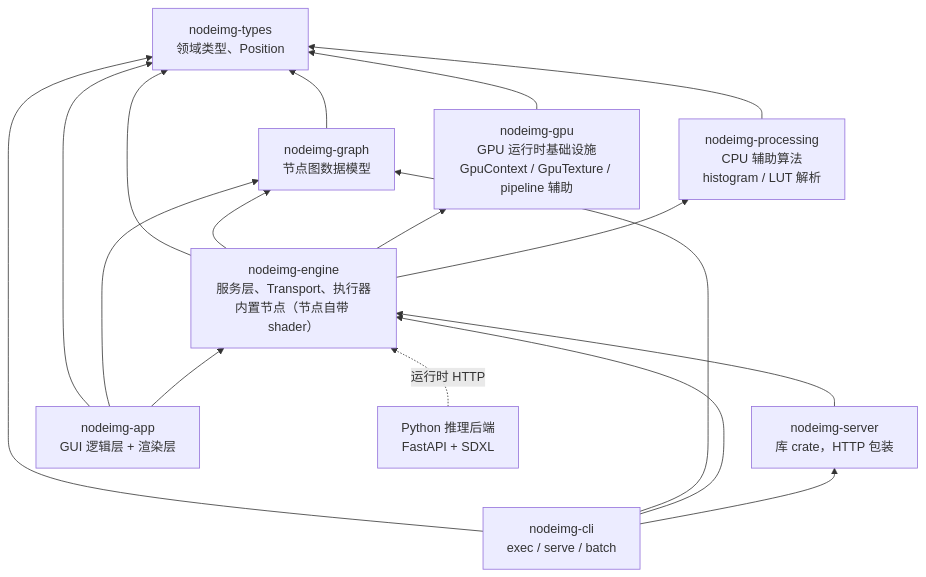
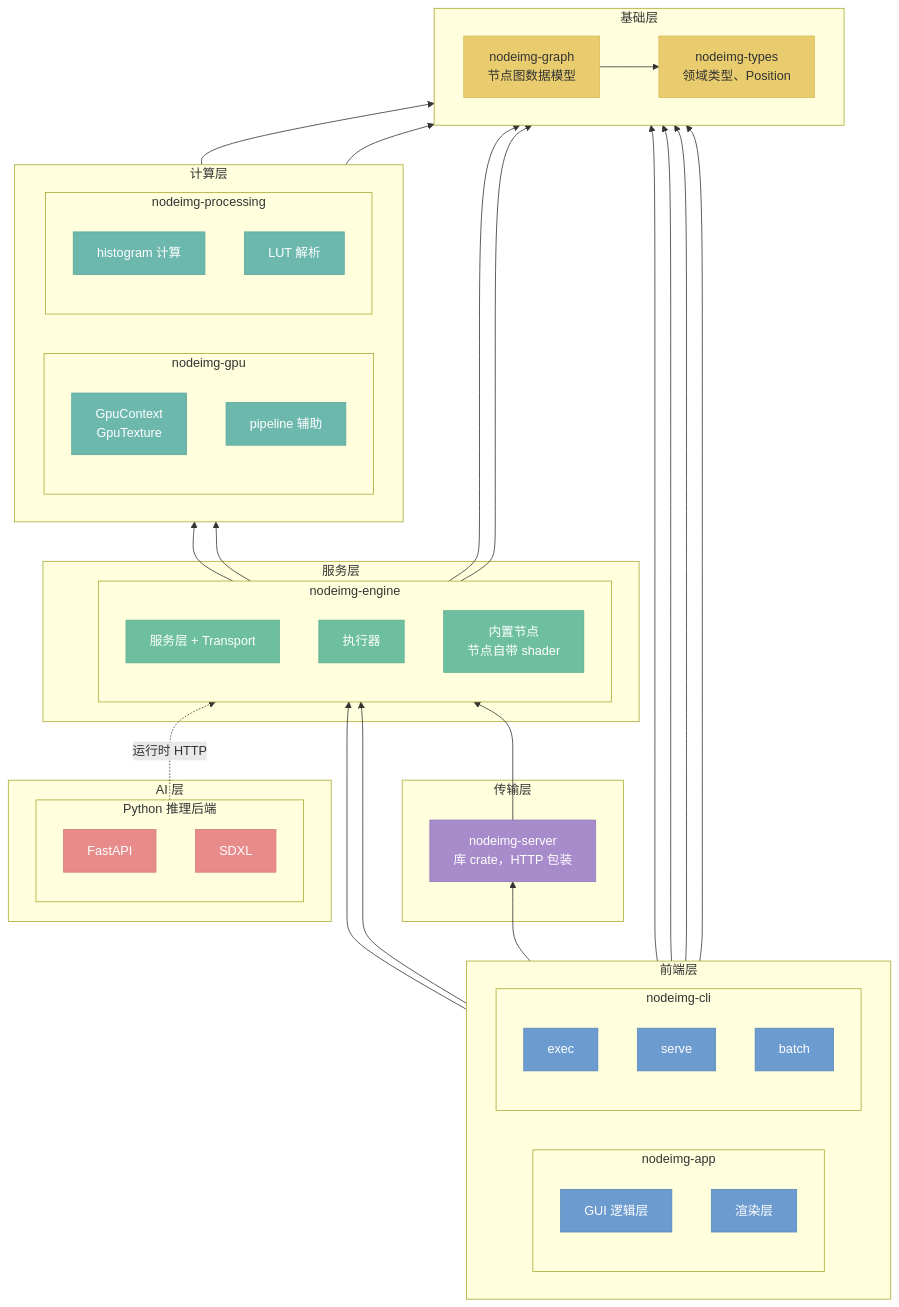
The third of 3 diagrams in docs/target/01-overview.md (aporicho/nodeimg), drawn with Mermaid before and after one commit. The commit also changed other lines of this file and 18 other files, not shown here.

Commit message:
docs(target): v0 文档更新 + drawio 架构图

````diff
--- a/docs/target/01-overview.md
+++ b/docs/target/01-overview.md
@@ -117,29 +149,78 @@
 ```mermaid
 flowchart BT
-    types["nodeimg-types\n领域类型、Position"]:::foundation
-    graph_c["nodeimg-graph\n节点图数据模型"]:::foundation
-    gpu["nodeimg-gpu\nGPU 运行时基础设施\nGpuContext / GpuTexture / pipeline 辅助"]:::compute
-    processing["nodeimg-processing\nCPU 辅助算法\nhistogram / LUT 解析"]:::compute
-    engine["nodeimg-engine\n服务层、Transport、执行器\n内置节点（节点自带 shader）"]:::service
-    server["nodeimg-server\n库 crate，HTTP 包装"]:::transport
-    app["nodeimg-app\nGUI 逻辑层 + 渲染层"]:::frontend
-    cli["nodeimg-cli\nexec / serve / batch"]:::frontend
-    python["Python 推理后端\nFastAPI + SDXL"]:::ai
+    subgraph FOUNDATION["基础层"]
+        direction LR
+        types["nodeimg-types\n领域类型、Position"]:::foundation
+        graph_c["nodeimg-graph\n节点图数据模型"]:::foundation
+    end
+
+    subgraph COMPUTE["计算层"]
+        direction LR
+        subgraph GPU_S["nodeimg-gpu"]
+            gpu_ctx["GpuContext\nGpuTexture"]:::compute
+            gpu_pipe["pipeline 辅助"]:::compute
+        end
+        subgraph PROC_S["nodeimg-processing"]
+            proc_hist["histogram 计算"]:::compute
+            proc_lut["LUT 解析"]:::compute
+        end
+    end
+
+    subgraph SERVICE["服务层"]
+        subgraph ENG_S["nodeimg-engine"]
+            eng_svc["服务层 + Transport"]:::service
+            eng_exec["执行器"]:::service
+            eng_nodes["内置节点\n节点自带 shader"]:::service
+        end
+    end
+
+    subgraph TRANSPORT["传输层"]
+        server["nodeimg-server\n库 crate，HTTP 包装"]:::transport
+    end
+
+    subgraph FRONTEND["前端层"]
+        direction LR
+        subgraph APP_S["nodeimg-app"]
+            app_logic["GUI 逻辑层"]:::frontend
+            app_render["渲染层"]:::frontend
+        end
+        subgraph CLI_S["nodeimg-cli"]
+            cli_exec["exec"]:::frontend
+            cli_serve["serve"]:::frontend
+            cli_batch["batch"]:::frontend
+        end
+    end
+
+    subgraph AI_S["AI 层"]
+        subgraph PY_S["Python 推理后端"]
+            py_api["FastAPI"]:::ai
+            py_model["SDXL"]:::ai
+        end
+    end
 
     graph_c --> types
-    gpu --> types
-    processing --> types
-    engine --> types
-    engine --> graph_c
-    engine --> gpu
-    engine --> processing
-    server --> engine
-    app --> types
-    app --> graph_c
-    app --> engine
-    cli --> types
-    cli --> graph_c
-    cli --> engine
-    cli --> server
-    python -. "运行时 HTTP" .-> engine
+    GPU_S --> types
+    PROC_S --> types
+    ENG_S --> types
+    ENG_S --> graph_c
+    ENG_S --> GPU_S
+    ENG_S --> PROC_S
+    server --> ENG_S
+    APP_S --> types
+    APP_S --> graph_c
+    APP_S --> ENG_S
+    CLI_S --> types
+    CLI_S --> graph_c
+    CLI_S --> ENG_S
+    CLI_S --> server
+    PY_S -. "运行时 HTTP" .-> ENG_S
+
+    classDef frontend    fill:#6C9BCF,stroke:#5A89BD,color:#fff
+    classDef transport   fill:#A78BCA,stroke:#9579B8,color:#fff
+    classDef service     fill:#6DBFA0,stroke:#5BAD8E,color:#fff
+    classDef ai          fill:#E88B8B,stroke:#D67979,color:#fff
+    classDef api         fill:#E8A87C,stroke:#D6966A,color:#fff
+    classDef foundation  fill:#E8CC6E,stroke:#D6BA5C,color:#333
+    classDef compute     fill:#6DB8AD,stroke:#5BA69B,color:#fff
+    classDef future      fill:#B0B8C1,stroke:#9EA6AF,color:#fff,stroke-dasharray:5 5
 ```
````
